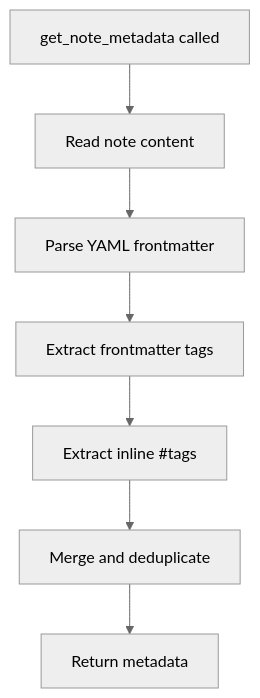
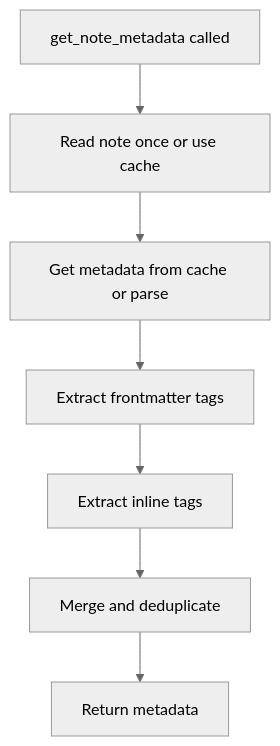
Before and after one commit to markheramis/obsidian-mcp: the diagram in docs/tools/get_note_metadata.md, drawn with Mermaid (neutral theme). The commit also changed other lines of this file and 12 other files, not shown here.

````diff
--- a/docs/tools/get_note_metadata.md
+++ b/docs/tools/get_note_metadata.md
@@ -79,9 +79,9 @@
 ```mermaid
 flowchart TD
-    A[get_note_metadata called] --> B[Read note content]
-    B --> C[Parse YAML frontmatter]
+    A[get_note_metadata called] --> B[Read note once or use cache]
+    B --> C[Get metadata from cache or parse]
     C --> D[Extract frontmatter tags]
-    D --> E[Extract inline #tags]
+    D --> E[Extract inline tags]
     E --> F[Merge and deduplicate]
     F --> G[Return metadata]
 ```
````
